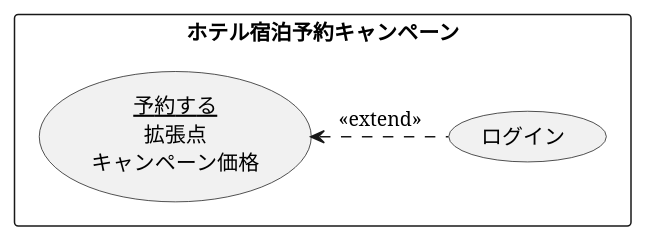
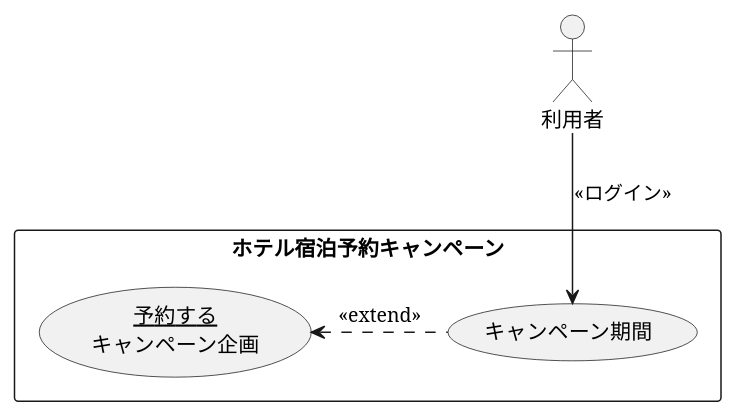
The diagram in 演習2-4_キャンペーン中のホテル宿泊予約.pu (Tanifuji94/uml-introduction), drawn with PlantUML before and after one commit.

Commit message:
演習2‐4

```diff
--- a/演習2-4_キャンペーン中のホテル宿泊予約.pu
+++ b/演習2-4_キャンペーン中のホテル宿泊予約.pu
@@ -1,7 +1,10 @@
 @startuml 演習2―4
+actor 利用者
+
 rectangle ホテル宿泊予約キャンペーン{
-usecase ログイン
-usecase (<u>予約する</u>\n拡張点\nキャンペーン価格) as input
+usecase キャンペーン期間
+usecase (<u>予約する</u>\nキャンペーン企画) as input
 }
-input <. (ログイン) : <<extend>>
+利用者 --> キャンペーン期間 : <<ログイン>>
+input <. (キャンペーン期間) : <<extend>>
 @enduml
```
